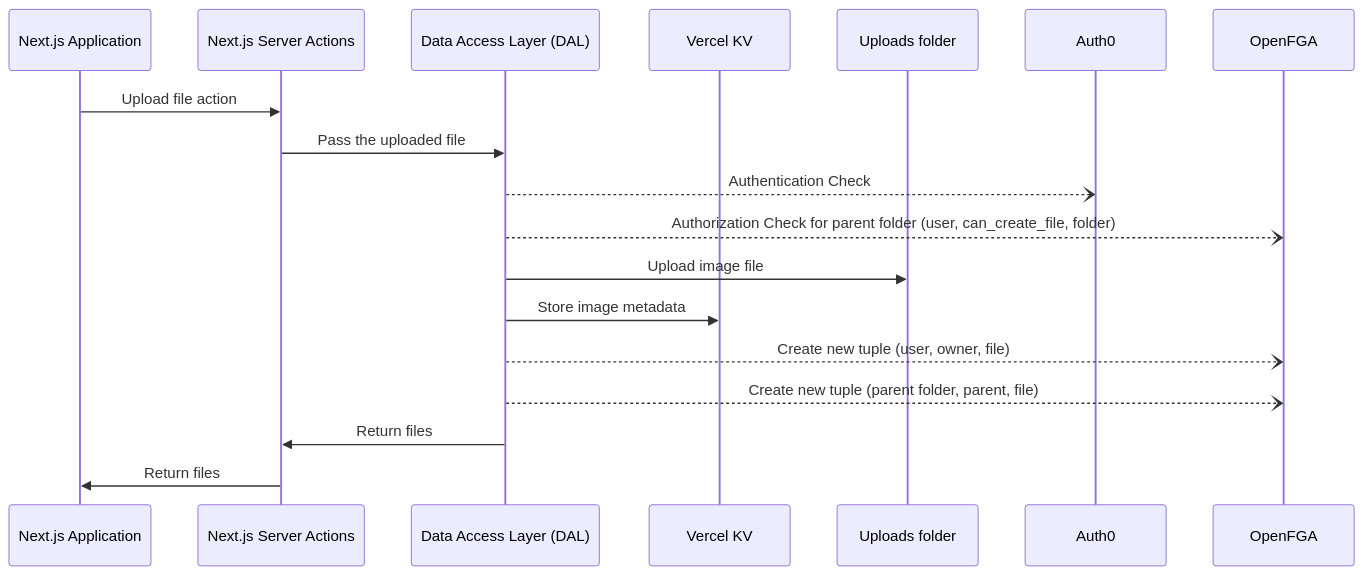
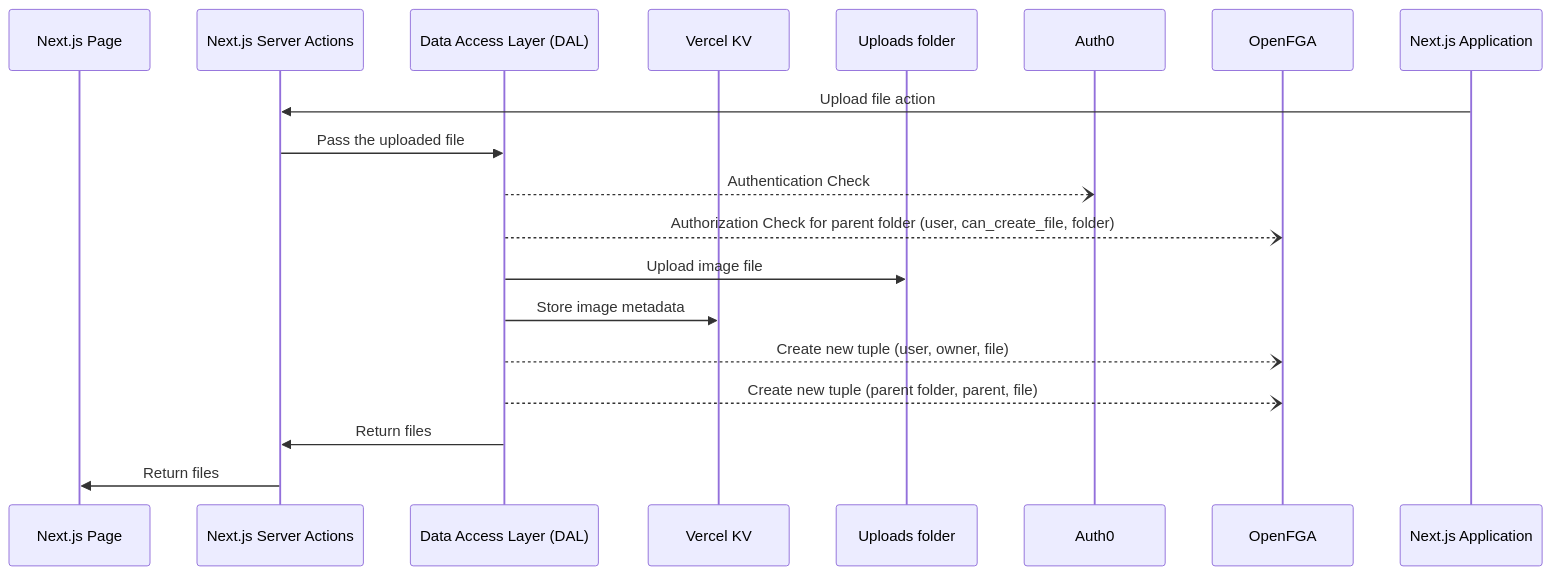
One commit to oktadev/fga-drive-example changed the third of 8 diagrams in README.md. Above: the diagram before and after it, drawn with Mermaid. The commit also changed other lines of this file, not shown here.

Commit message:
Fix architecture schemas in the readme

````diff
--- a/README.md
+++ b/README.md
@@ -239,20 +239,20 @@
 ```mermaid
 sequenceDiagram;
-  participant Next.js Application
+  participant Next.js Page
   participant Next.js Server Actions
   participant Data Access Layer (DAL)
   participant Vercel KV
   participant Uploads folder
   participant Auth0
   participant OpenFGA
   Next.js Application->>Next.js Server Actions: Upload file action
   Next.js Server Actions->>Data Access Layer (DAL): Pass the uploaded file
   Data Access Layer (DAL)--)Auth0: Authentication Check
   Data Access Layer (DAL)--)OpenFGA: Authorization Check for parent folder (user, can_create_file, folder)
   Data Access Layer (DAL)->>Uploads folder: Upload image file
   Data Access Layer (DAL)->>Vercel KV: Store image metadata
   Data Access Layer (DAL)--)OpenFGA: Create new tuple (user, owner, file)
   Data Access Layer (DAL)--)OpenFGA: Create new tuple (parent folder, parent, file)
   Data Access Layer (DAL)->>Next.js Server Actions: Return files
-  Next.js Server Actions->>Next.js Application: Return files
+  Next.js Server Actions->>Next.js Page: Return files
 ```
````
